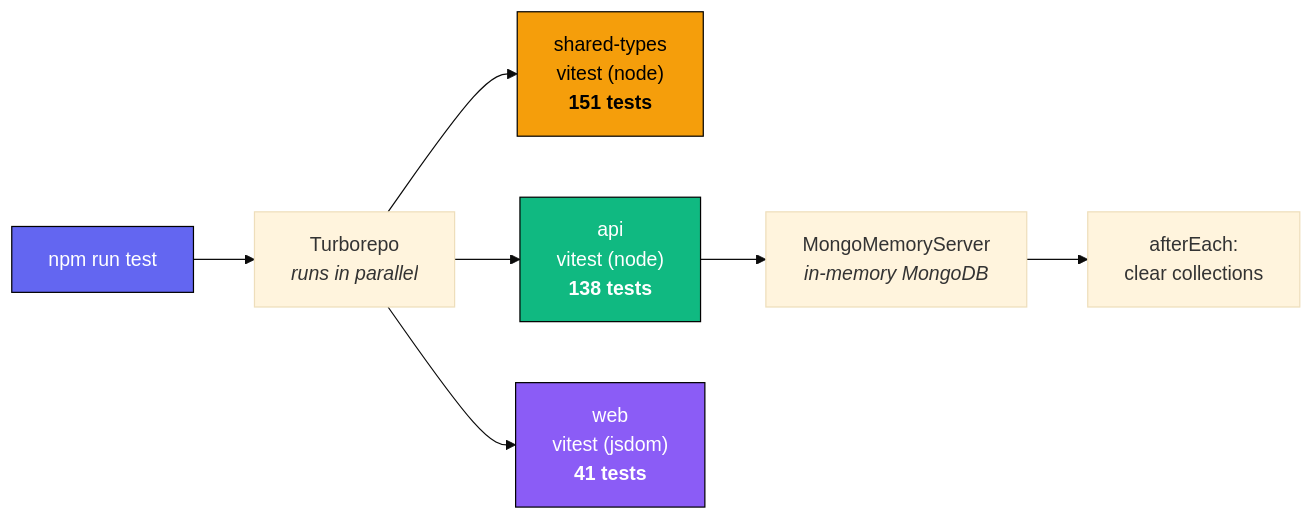
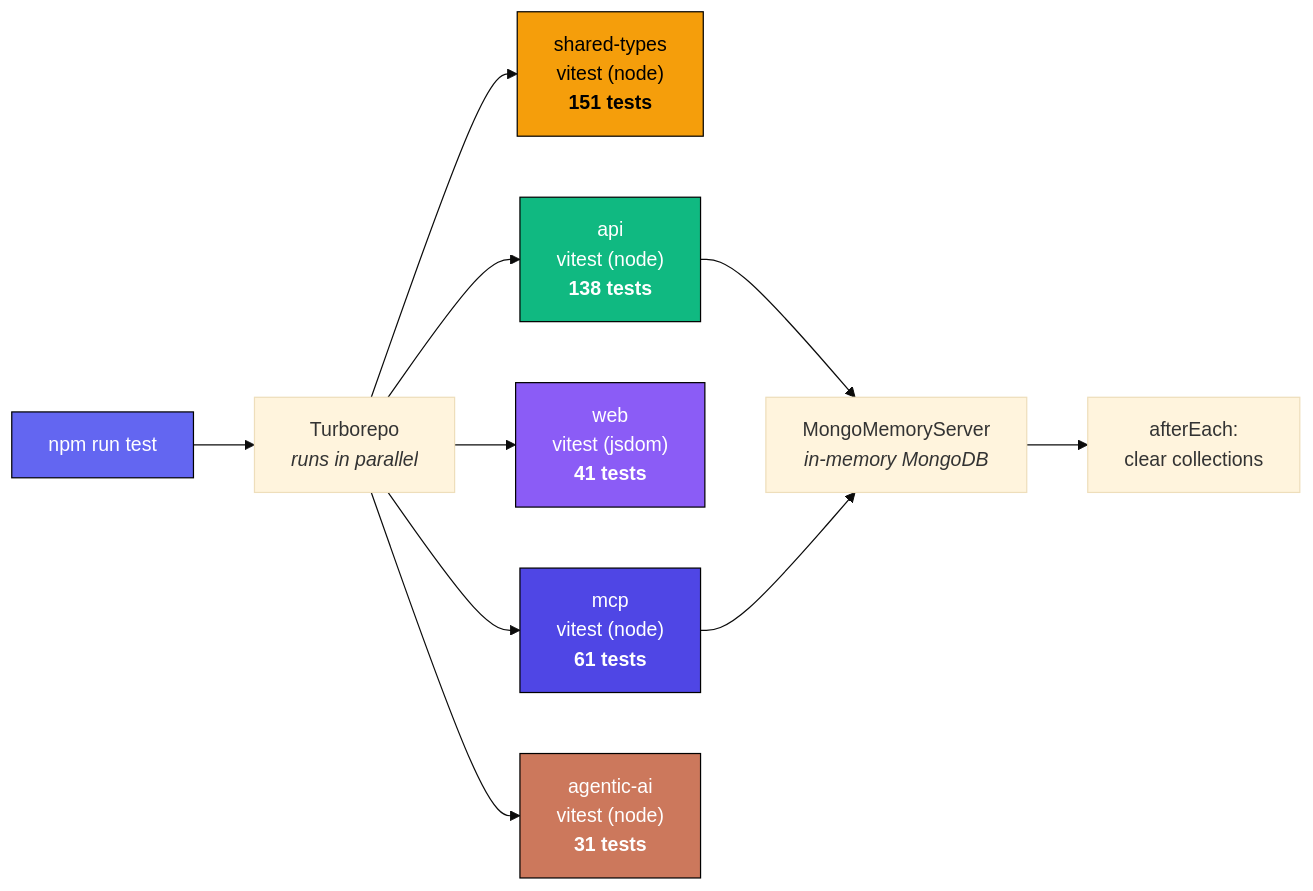
Diagram 25 of 25 in ARCHITECTURE.md (Anto1712/WealthWise-Finance-Tracker), drawn with Mermaid (base theme) before and after one commit. The commit also changed other lines of this file and 9 other files, not shown here.

````diff
--- a/ARCHITECTURE.md
+++ b/ARCHITECTURE.md
@@ -839,16 +1027,21 @@
 ```mermaid
 graph LR
     CMD["npm run test"] --> TURBO["Turborepo<br/><i>runs in parallel</i>"]
 
     TURBO --> ST_TEST["shared-types<br/>vitest (node)<br/><b>151 tests</b>"]
     TURBO --> API_TEST["api<br/>vitest (node)<br/><b>138 tests</b>"]
     TURBO --> WEB_TEST["web<br/>vitest (jsdom)<br/><b>41 tests</b>"]
+    TURBO --> MCP_TEST["mcp<br/>vitest (node)<br/><b>61 tests</b>"]
+    TURBO --> AI_TEST["agentic-ai<br/>vitest (node)<br/><b>31 tests</b>"]
 
     API_TEST --> MMS["MongoMemoryServer<br/><i>in-memory MongoDB</i>"]
+    MCP_TEST --> MMS
     MMS --> CLEAN["afterEach:<br/>clear collections"]
 
     style CMD fill:#6366f1,stroke:#000,color:#fff
     style ST_TEST fill:#f59e0b,stroke:#000,color:#000
     style API_TEST fill:#10b981,stroke:#000,color:#fff
     style WEB_TEST fill:#8b5cf6,stroke:#000,color:#fff
+    style MCP_TEST fill:#4f46e5,stroke:#000,color:#fff
+    style AI_TEST fill:#cc785c,stroke:#000,color:#fff
 ```
````
